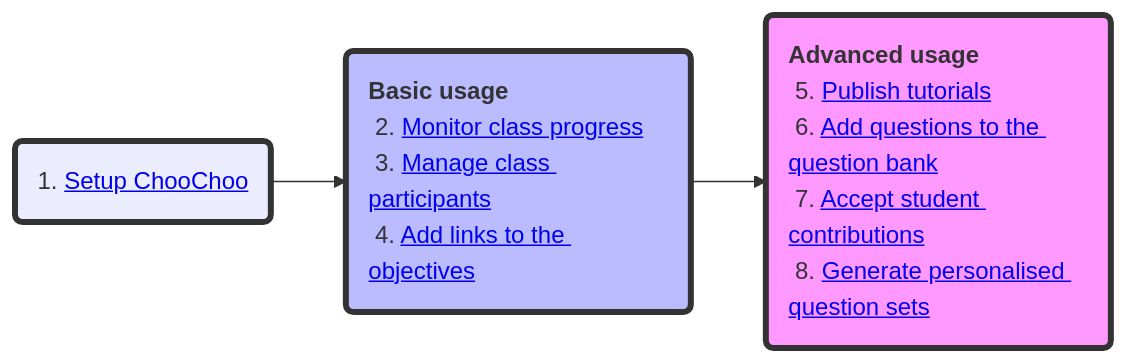
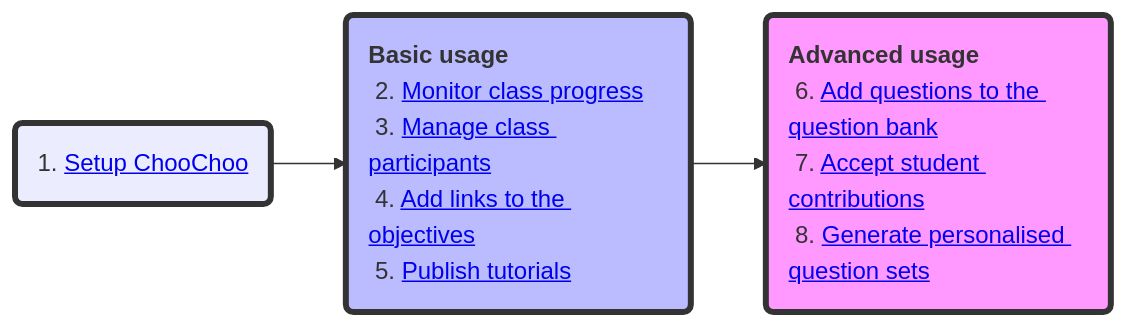
One commit to lucydot/ChooChoo changed the diagram in docs/instructors/basic.md. Above: the diagram before and after it, drawn with Mermaid. The commit also changed other lines of this file, not shown here.

````diff
--- a/docs/instructors/basic.md
+++ b/docs/instructors/basic.md
@@ -2,8 +3,8 @@
 ``` mermaid
 graph LR
-  A(1. <a href='https://lucydot.github.io/ChooChoo/instructors/setup/'>Setup ChooChoo</a>) --> B(<b>Basic usage</b> <br> 2. <a href='https://lucydot.github.io/ChooChoo/instructors/basic#2-monitor-class-progress'>Monitor class progress</a> <br> 3. <a href='https://lucydot.github.io/ChooChoo/instructors/basic#3-manage-class-participants'>Manage class participants</a> <br> 4. <a href='https://lucydot.github.io/ChooChoo/instructors/basic#4-add-links-to-the-objectives'>Add links to the objectives</a>); 
-  B --> C(<b>Advanced usage</b> <br> 5. <a href='https://lucydot.github.io/ChooChoo/instructors/advanced#5-publish-tutorials'>Publish tutorials</a> <br> 6. <a href='https://lucydot.github.io/ChooChoo/instructors/advanced#6-add-questions-to-the-question-bank'>Add questions to the question bank</a> <br> 7. <a href='https://lucydot.github.io/ChooChoo/instructors/advanced#7-accept-student-contributions'>Accept student contributions</a> </br> 8. <a href='https://lucydot.github.io/ChooChoo/instructors/advanced#8-generate-personalised-question-sets'>Generate personalised question sets</a>);
+  A(1. <a href='https://lucydot.github.io/ChooChoo/instructors/setup/'>Setup ChooChoo</a>) --> B(<b>Basic usage</b> <br> 2. <a href='https://lucydot.github.io/ChooChoo/instructors/basic#2-monitor-class-progress'>Monitor class progress</a> <br> 3. <a href='https://lucydot.github.io/ChooChoo/instructors/basic#3-manage-class-participants'>Manage class participants</a> <br> 4. <a href='https://lucydot.github.io/ChooChoo/instructors/basic#4-add-links-to-the-objectives'>Add links to the objectives</a> </br> 5. <a href='https://lucydot.github.io/ChooChoo/instructors/basic#5-publish-tutorials'>Publish tutorials</a> ); 
+  B --> C(<b>Advanced usage</b> <br> 6. <a href='https://lucydot.github.io/ChooChoo/instructors/advanced#6-add-questions-to-the-question-bank'>Add questions to the question bank</a> <br> 7. <a href='https://lucydot.github.io/ChooChoo/instructors/advanced#7-accept-student-contributions'>Accept student contributions</a> </br> 8. <a href='https://lucydot.github.io/ChooChoo/instructors/advanced#8-generate-personalised-question-sets'>Generate personalised question sets</a>);
   style A stroke:#333,stroke-width:4px
   style B fill:#bbf,stroke:#333,stroke-width:4px,text-align:left
   style C fill:#f9f,stroke:#333,stroke-width:4px,text-align:left
 ```
````
